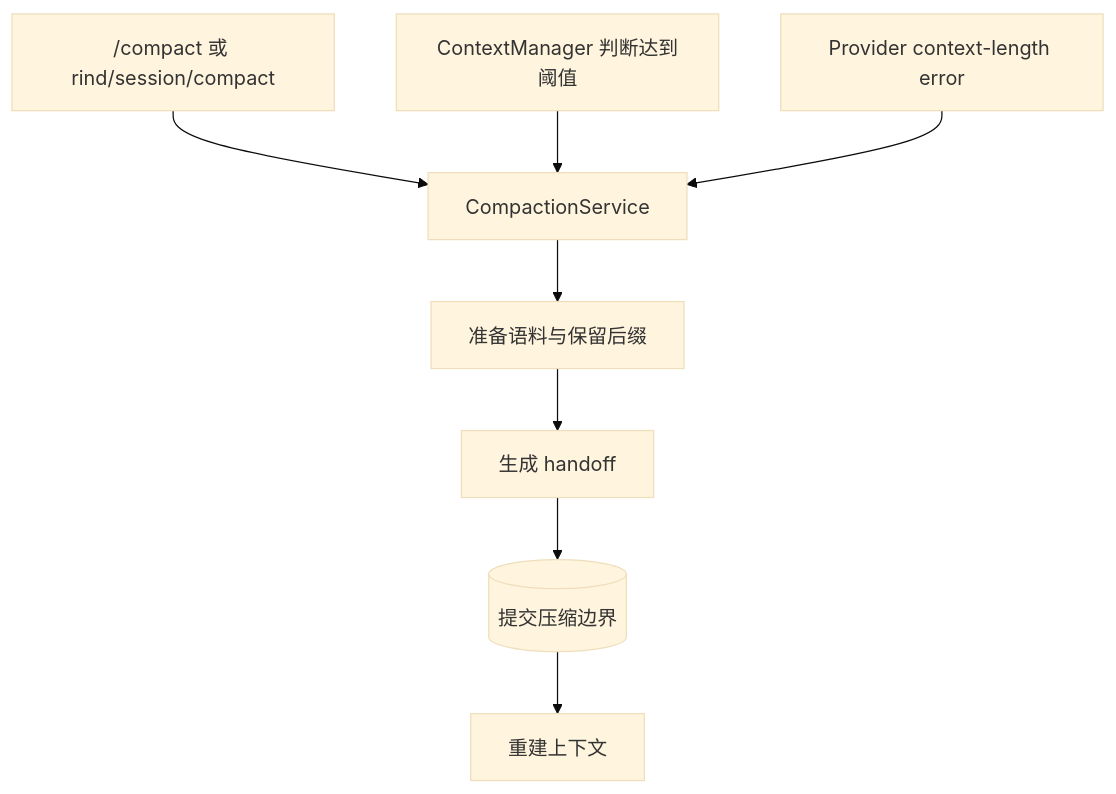
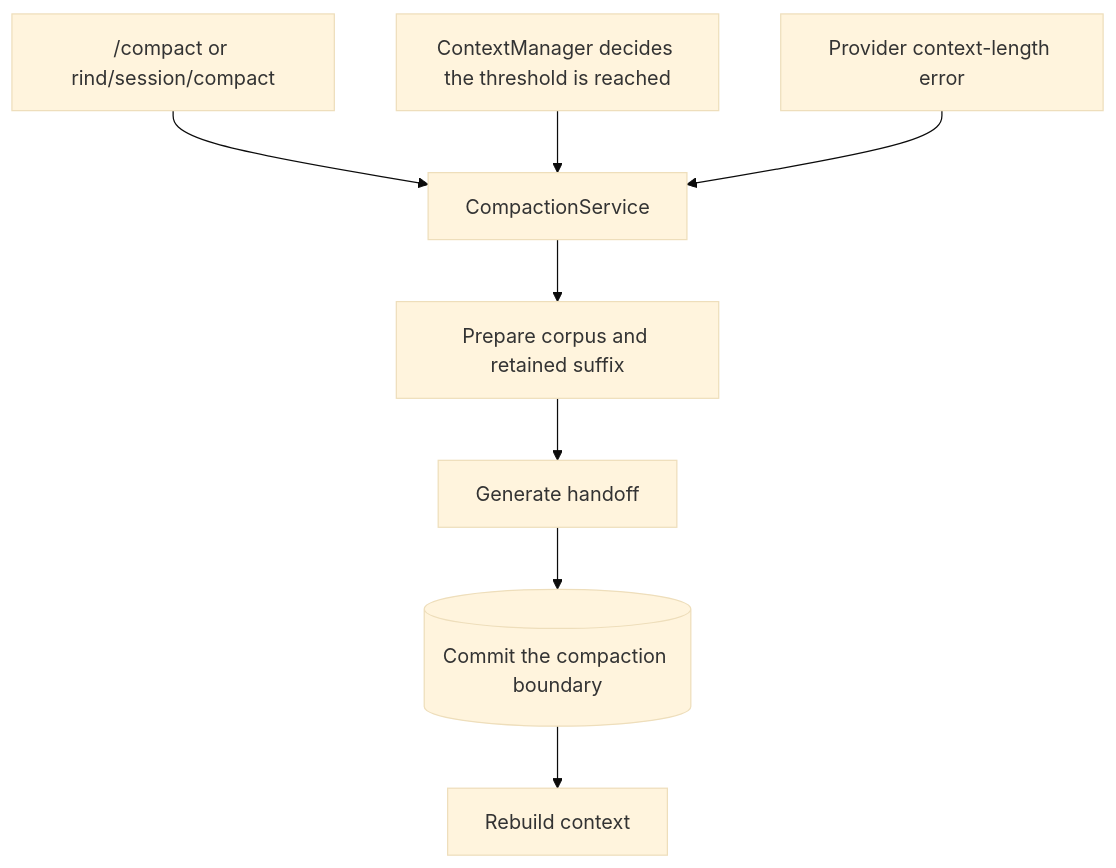
One commit to Azzurroooo/rind changed the diagram in docs/internals/02-context/compaction-triggers.md. Above: the diagram before and after it, drawn with Mermaid (base theme). The commit also changed other lines of this file and 109 other files, not shown here.

```diff
--- a/docs/internals/02-context/compaction-triggers.md
+++ b/docs/internals/02-context/compaction-triggers.md
@@ -5,10 +7,10 @@
 ~~~mermaid
 flowchart TD
-    MAN["/compact 或 rind/session/compact"] --> PIPE["CompactionService"]
-    AUTO["ContextManager 判断达到阈值"] --> PIPE
+    MAN["/compact or rind/session/compact"] --> PIPE["CompactionService"]
+    AUTO["ContextManager decides the threshold is reached"] --> PIPE
     ERR["Provider context-length error"] --> PIPE
-    PIPE --> CORPUS["准备语料与保留后缀"]
-    CORPUS --> SUM["生成 handoff"]
-    SUM --> COMMIT[("提交压缩边界")]
-    COMMIT --> REBUILD["重建上下文"]
+    PIPE --> CORPUS["Prepare corpus and retained suffix"]
+    CORPUS --> SUM["Generate handoff"]
+    SUM --> COMMIT[("Commit the compaction boundary")]
+    COMMIT --> REBUILD["Rebuild context"]
 ~~~
```
